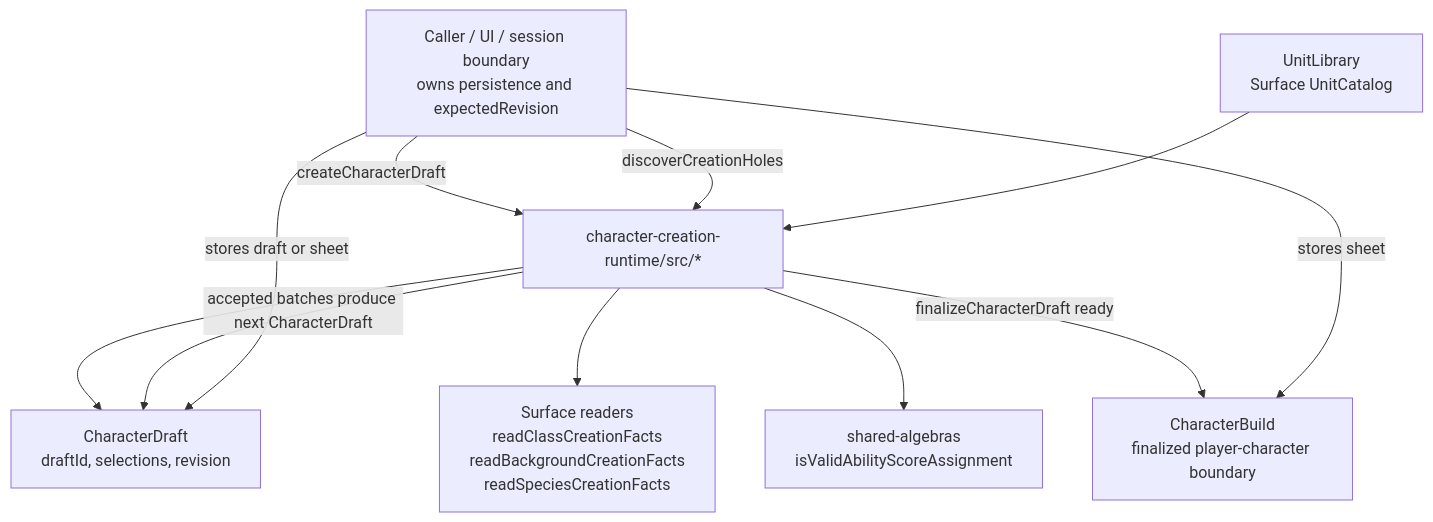
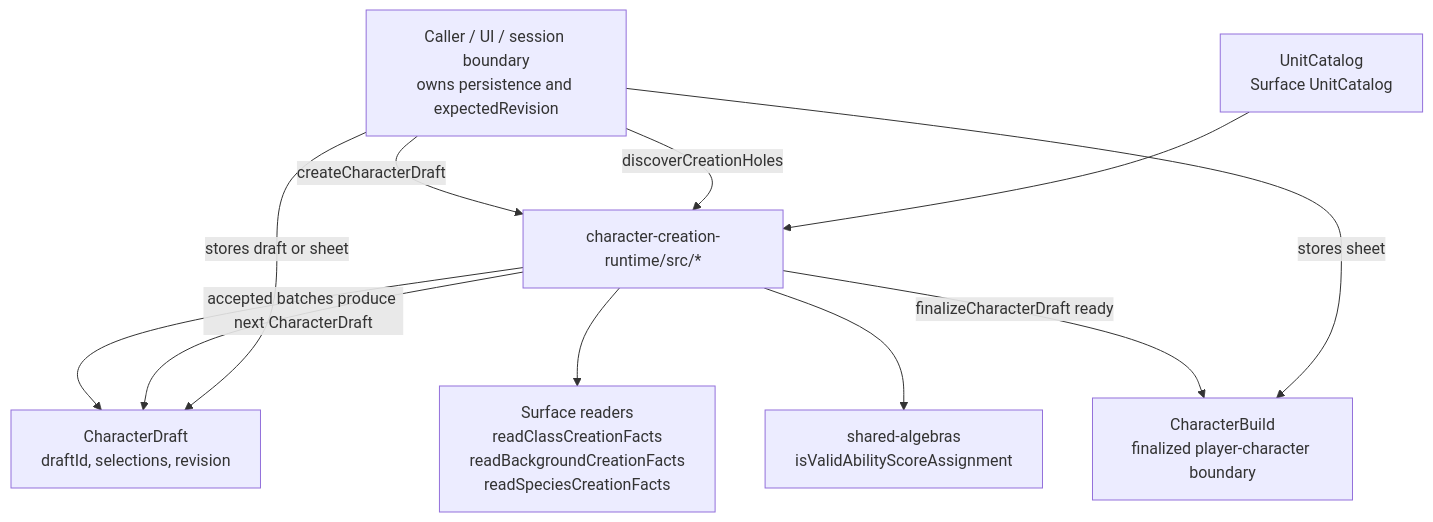
One commit to dearlordylord/5e-quint changed the first of 10 diagrams in packages/character-creation-runtime/EXPLANATORY_TIME_DIAGRAM.md. Above: the diagram before and after it, drawn with Mermaid. The commit also changed other lines of this file and 46 other files, not shown here.

````diff
--- a/packages/character-creation-runtime/EXPLANATORY_TIME_DIAGRAM.md
+++ b/packages/character-creation-runtime/EXPLANATORY_TIME_DIAGRAM.md
@@ -37,21 +37,21 @@
 ```mermaid
 flowchart TD
   Caller["Caller / UI / session boundary<br/>owns persistence and expectedRevision"]
   Draft["CharacterDraft<br/>draftId, selections, revision"]
-  Catalog["UnitLibrary<br/>Surface UnitCatalog"]
+  Catalog["UnitCatalog<br/>Surface UnitCatalog"]
   Runtime["character-creation-runtime/src/*"]
   SurfaceReaders["Surface readers<br/>readClassCreationFacts<br/>readBackgroundCreationFacts<br/>readSpeciesCreationFacts"]
   SharedAlgebra["shared-algebras<br/>isValidAbilityScoreAssignment"]
   Sheet["CharacterBuild<br/>finalized player-character boundary"]
 
   Caller -->|createCharacterDraft| Runtime
   Runtime --> Draft
   Caller -->|discoverCreationHoles| Runtime
   Catalog --> Runtime
   Runtime --> SurfaceReaders
   Runtime --> SharedAlgebra
   Runtime -->|accepted batches produce next CharacterDraft| Draft
   Runtime -->|finalizeCharacterDraft ready| Sheet
   Caller -->|stores draft or sheet| Draft
   Caller -->|stores sheet| Sheet
 ```
````
